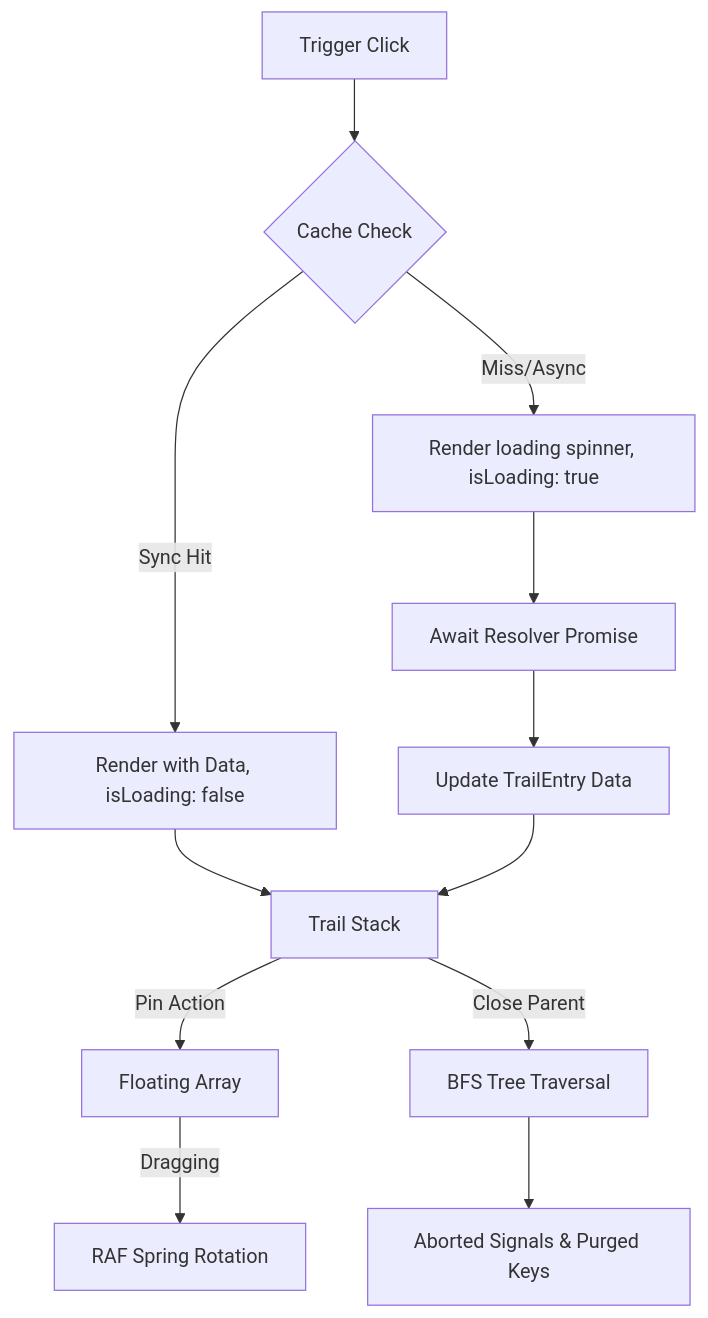
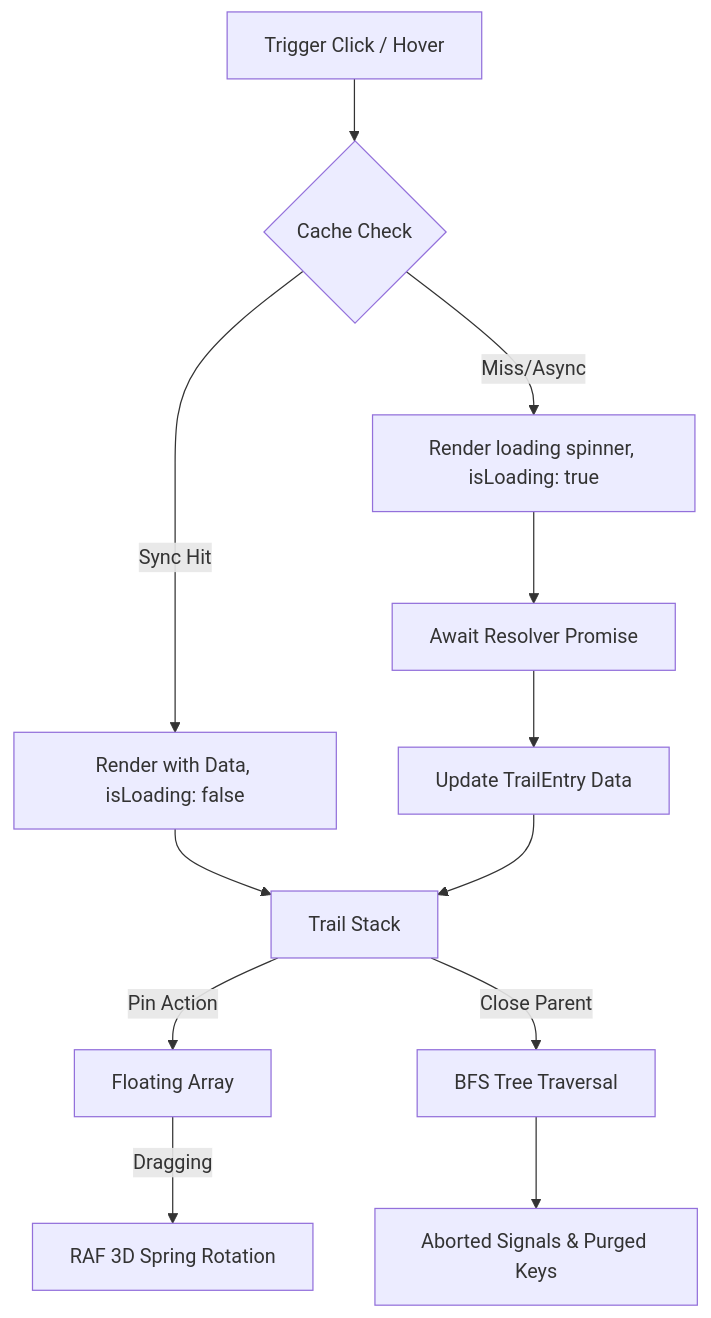
Before and after one commit to HerAnsu/popover-trail: the diagram in README.md, drawn with Mermaid. The commit also changed other lines of this file, not shown here.

Commit message:
docs: update README.md with architecture details, TypeScript generics, ARIA compliance, and API reference

````diff
--- a/README.md
+++ b/README.md
@@ -13,17 +18,17 @@
 ```mermaid
 graph TD
-    Trigger[Trigger Click] --> ResolverCheck{Cache Check}
-    ResolverCheck -- Sync Hit --> InstantMount[Render with Data, isLoading: false]
-    ResolverCheck -- Miss/Async --> LoadingMount[Render loading spinner, isLoading: true]
+    Trigger[Trigger Click / Hover] --> CacheCheck{Cache Check}
+    CacheCheck -- Sync Hit --> InstantMount[Render with Data, isLoading: false]
+    CacheCheck -- Miss/Async --> LoadingMount[Render loading spinner, isLoading: true]
     LoadingMount --> Fetch[Await Resolver Promise]
     Fetch --> DataLoaded[Update TrailEntry Data]
     
     InstantMount --> ActiveTrail[Trail Stack]
     DataLoaded --> ActiveTrail
     
     ActiveTrail -- Pin Action --> PinnedList[Floating Array]
-    PinnedList -- Dragging --> Physics[RAF Spring Rotation]
+    PinnedList -- Dragging --> Physics[RAF 3D Spring Rotation]
     
     ActiveTrail -- Close Parent --> BFS[BFS Tree Traversal]
     BFS --> CleanState[Aborted Signals & Purged Keys]
 ```
````
